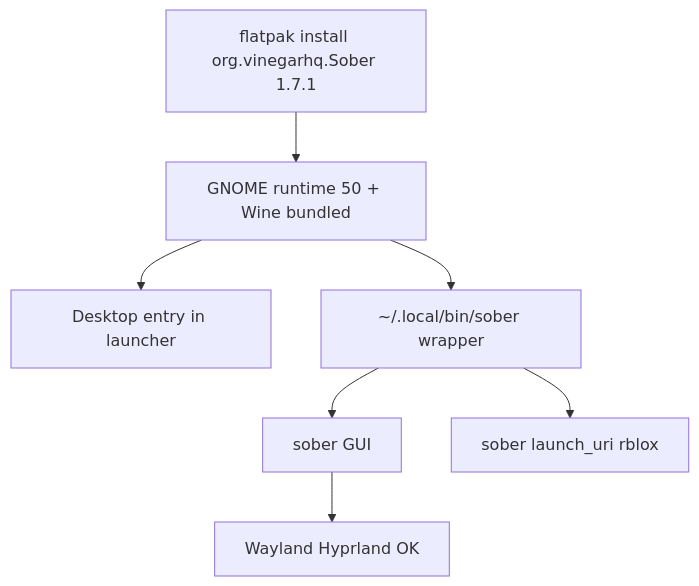
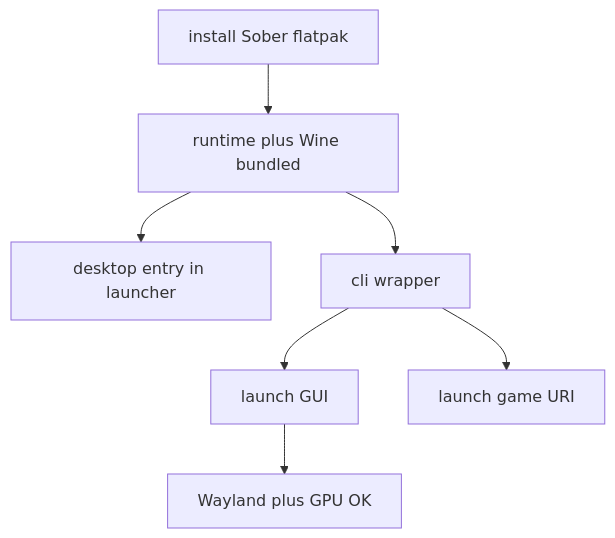
One commit to 444Nazky/My-Vault changed the tenth of 11 diagrams in System/Fixes/Visual-Guides.md. Above: the diagram before and after it, drawn with Mermaid. The commit also changed other lines of this file and 8 other files, not shown here.

````diff
--- a/System/Fixes/Visual-Guides.md
+++ b/System/Fixes/Visual-Guides.md
@@ -232,9 +232,9 @@
 ```mermaid
 flowchart TD
-    A[flatpak install org.vinegarhq.Sober 1.7.1] --> B[GNOME runtime 50 + Wine bundled]
-    B --> C[Desktop entry in launcher]
-    B --> D["~/.local/bin/sober wrapper"]
-    D --> E[sober GUI]
-    D --> F[sober launch_uri rblox]
-    E --> G[Wayland Hyprland OK]
+    A["install Sober flatpak"] --> B["runtime plus Wine bundled"]
+    B --> C["desktop entry in launcher"]
+    B --> D["cli wrapper"]
+    D --> E["launch GUI"]
+    D --> F["launch game URI"]
+    E --> G["Wayland plus GPU OK"]
 ```
````
